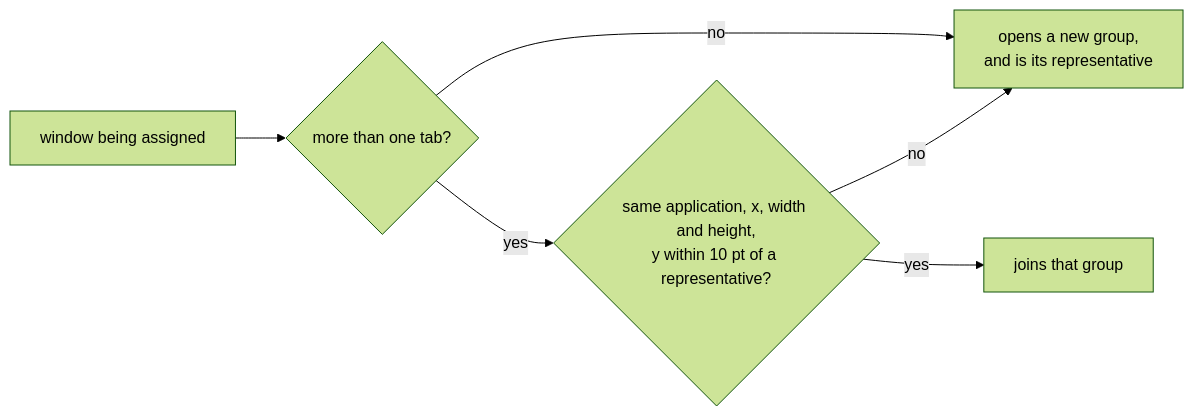
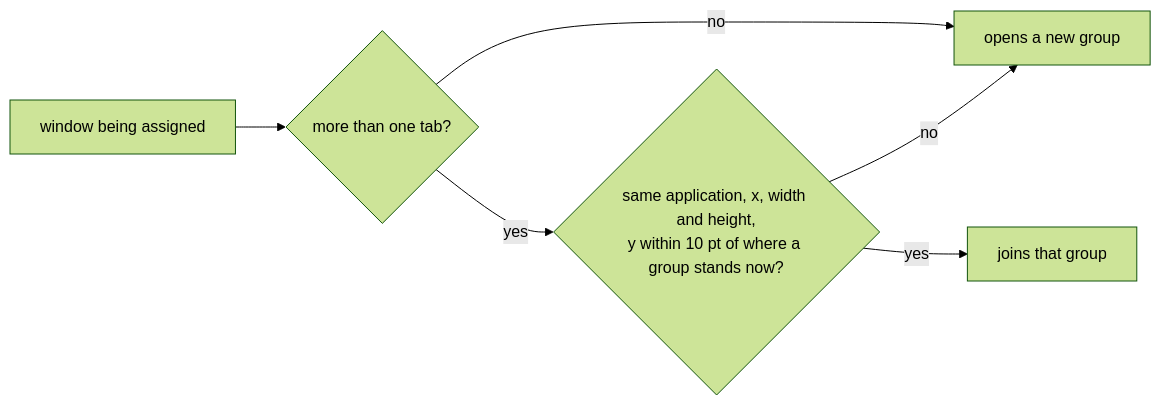
One commit to brennovich/ottowm changed diagram 18 of 18 in ARCHITECTURE.md. Above: the diagram before and after it, drawn with Mermaid (forest theme). The commit also changed other lines of this file and 14 other files, not shown here.

````diff
--- a/ARCHITECTURE.md
+++ b/ARCHITECTURE.md
@@ -444,8 +444,8 @@
 ```mermaid
 flowchart LR
     win[window being assigned] --> tabs{more than one tab?}
-    tabs -->|no| own["opens a new group,<br/>and is its representative"]
-    tabs -->|yes| match{"same application, x, width and height,<br/>y within 10 pt of a representative?"}
+    tabs -->|no| own["opens a new group"]
+    tabs -->|yes| match{"same application, x, width and height,<br/>y within 10 pt of where a group stands now?"}
     match -->|yes| join[joins that group]
     match -->|no| own
 ```
````
